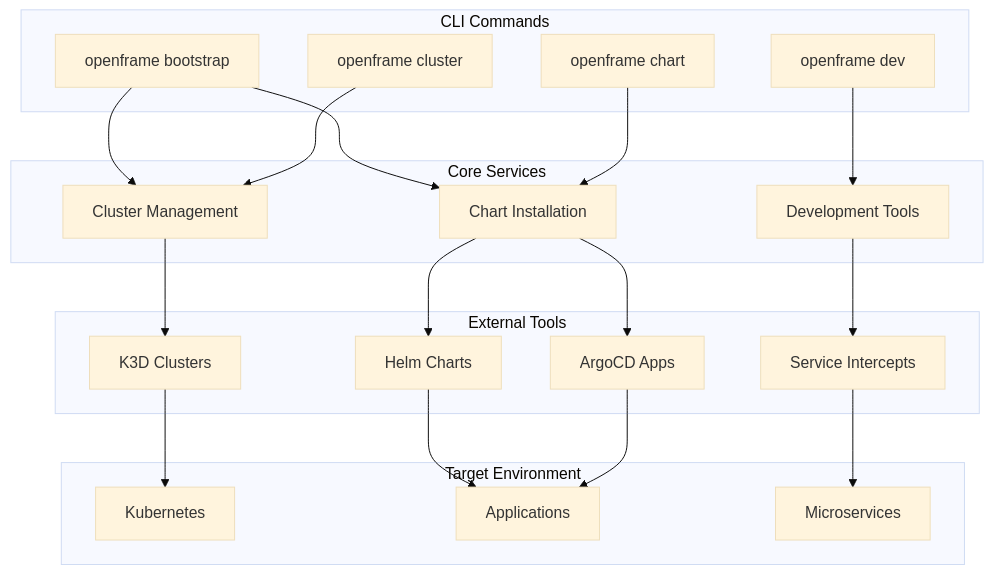
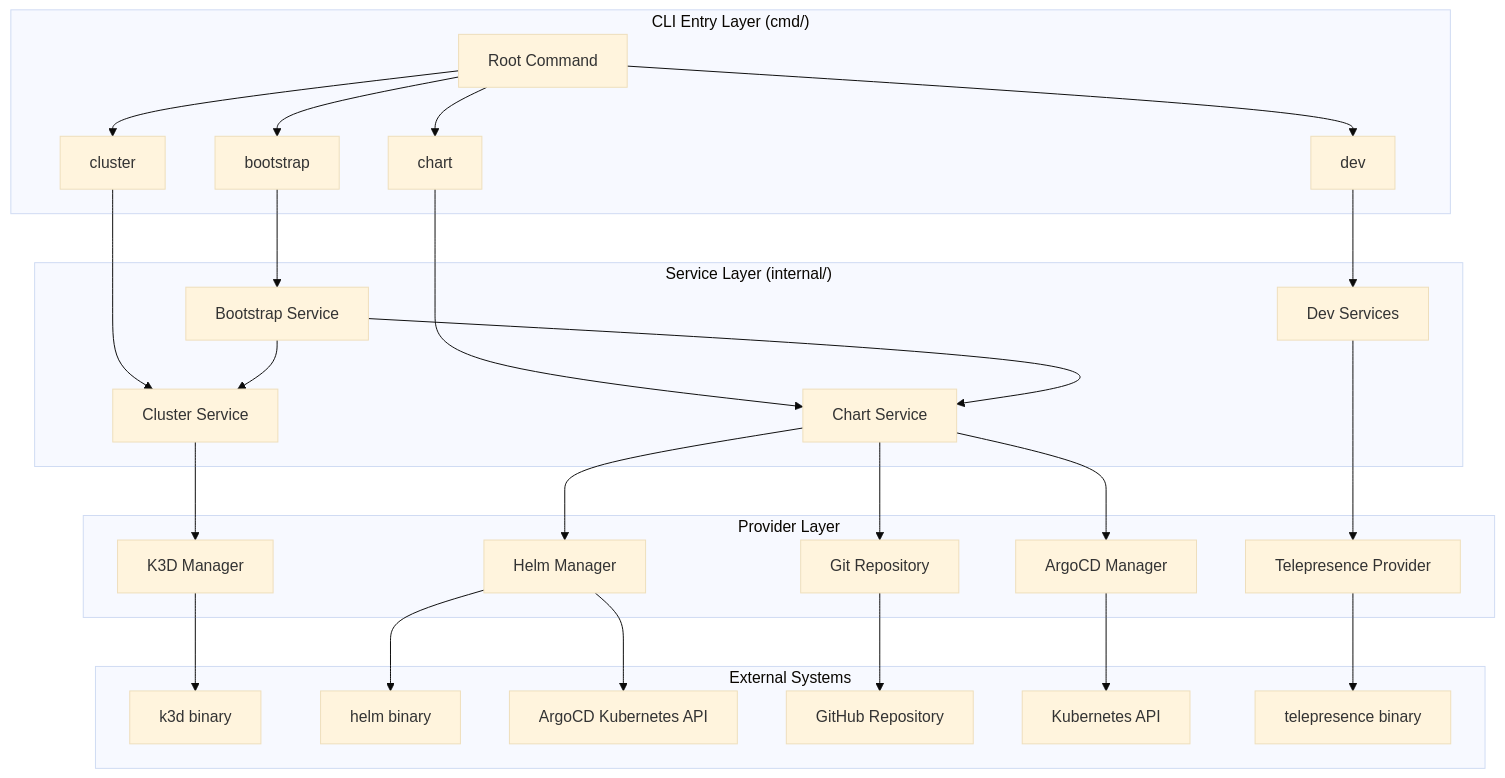
One commit to flamingo-stack/openframe-cli changed the diagram in README.md. Above: the diagram before and after it, drawn with Mermaid (base theme). The commit also changed other lines of this file and 3 other files, not shown here.

````diff
--- a/README.md
+++ b/README.md
@@ -51,44 +47,60 @@
 ```mermaid
-graph TB
-    subgraph "CLI Commands"
-        Bootstrap[openframe bootstrap]
-        Cluster[openframe cluster]
-        Chart[openframe chart]
-        Dev[openframe dev]
+graph TD
+    subgraph CLI["CLI Entry Layer (cmd/)"]
+        Root["Root Command"]
+        Bootstrap["bootstrap"]
+        Cluster["cluster"]
+        Chart["chart"]
+        Dev["dev"]
     end
-    
-    subgraph "Core Services"
-        ClusterSvc[Cluster Management]
-        ChartSvc[Chart Installation]
-        DevSvc[Development Tools]
+
+    subgraph Services["Service Layer (internal/)"]
+        BootstrapSvc["Bootstrap Service"]
+        ClusterSvc["Cluster Service"]
+        ChartSvc["Chart Service"]
+        DevSvc["Dev Services"]
     end
-    
-    subgraph "External Tools"
-        K3D[K3D Clusters]
-        Helm[Helm Charts]
-        ArgoCD[ArgoCD Apps]
-        Telepresence[Service Intercepts]
+
+    subgraph Providers["Provider Layer"]
+        K3D["K3D Manager"]
+        HelmMgr["Helm Manager"]
+        ArgoCDMgr["ArgoCD Manager"]
+        GitRepo["Git Repository"]
+        TelepresenceProv["Telepresence Provider"]
     end
-    
-    subgraph "Target Environment"
-        K8s[Kubernetes]
-        Apps[Applications]
-        Services[Microservices]
+
+    subgraph External["External Systems"]
+        K3dBin["k3d binary"]
+        HelmBin["helm binary"]
+        ArgoCDAPI["ArgoCD Kubernetes API"]
+        GitHubRepo["GitHub Repository"]
+        K8sAPI["Kubernetes API"]
+        TelepresenceBin["telepresence binary"]
     end
-    
-    Bootstrap --> ClusterSvc
-    Bootstrap --> ChartSvc
+
+    Root --> Bootstrap
+    Root --> Cluster
+    Root --> Chart
+    Root --> Dev
+
+    Bootstrap --> BootstrapSvc
     Cluster --> ClusterSvc
     Chart --> ChartSvc
     Dev --> DevSvc
-    
+
+    BootstrapSvc --> ClusterSvc
+    BootstrapSvc --> ChartSvc
+
     ClusterSvc --> K3D
-    ChartSvc --> Helm
-    ChartSvc --> ArgoCD
-    DevSvc --> Telepresence
-    
-    K3D --> K8s
-    Helm --> Apps
-    ArgoCD --> Apps
-    Telepresence --> Services
+    ChartSvc --> HelmMgr
+    ChartSvc --> ArgoCDMgr
+    ChartSvc --> GitRepo
+    DevSvc --> TelepresenceProv
+
+    K3D --> K3dBin
+    HelmMgr --> HelmBin
+    HelmMgr --> ArgoCDAPI
+    ArgoCDMgr --> K8sAPI
+    GitRepo --> GitHubRepo
+    TelepresenceProv --> TelepresenceBin
 ```
````
